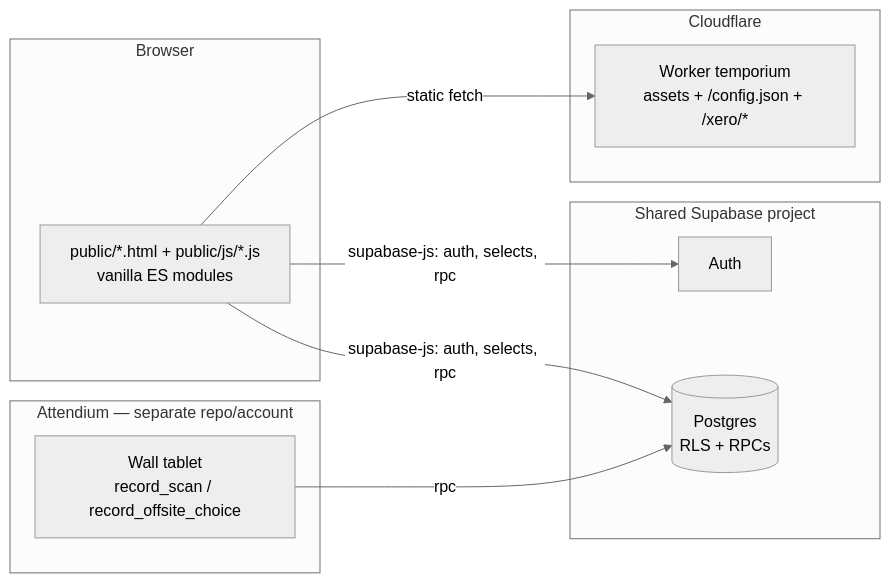
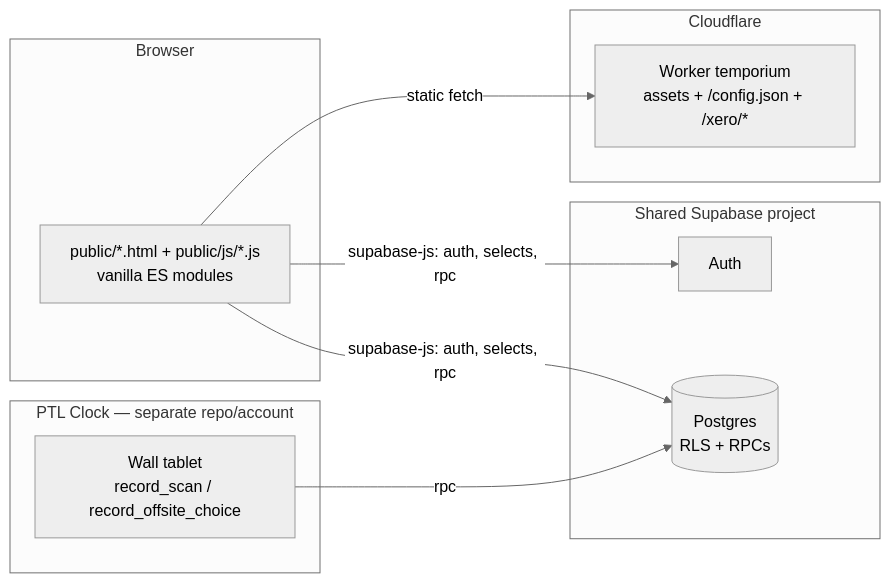
The first of 2 diagrams in docs/DEVELOPER-GUIDE.md (ethanbrown7619-eng/Timeium), drawn with Mermaid (neutral theme) before and after one commit. The commit also changed other lines of this file and 1 other file, not shown here.

First line of the commit message:
Docs: use product names PTL Timesheet and PTL Clock

````diff
--- a/docs/DEVELOPER-GUIDE.md
+++ b/docs/DEVELOPER-GUIDE.md
@@ -22,19 +22,19 @@
 ```mermaid
 flowchart LR
     subgraph Browser
         P[public/*.html + public/js/*.js<br/>vanilla ES modules]
     end
     subgraph Cloudflare
         W[Worker temporium<br/>assets + /config.json + /xero/*]
     end
     subgraph Supabase [Shared Supabase project]
         A[Auth]
         DB[(Postgres<br/>RLS + RPCs)]
     end
-    subgraph Kiosk [Attendium — separate repo/account]
+    subgraph Kiosk [PTL Clock — separate repo/account]
         K[Wall tablet<br/>record_scan / record_offsite_choice]
     end
     P -->|static fetch| W
     P -->|supabase-js: auth, selects, rpc| A & DB
     K -->|rpc| DB
 ```
````
